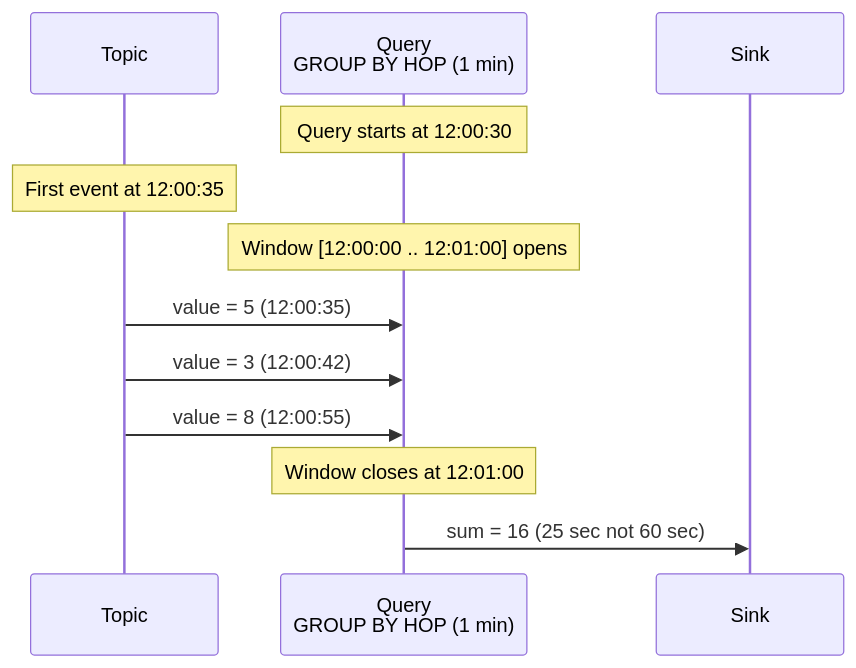
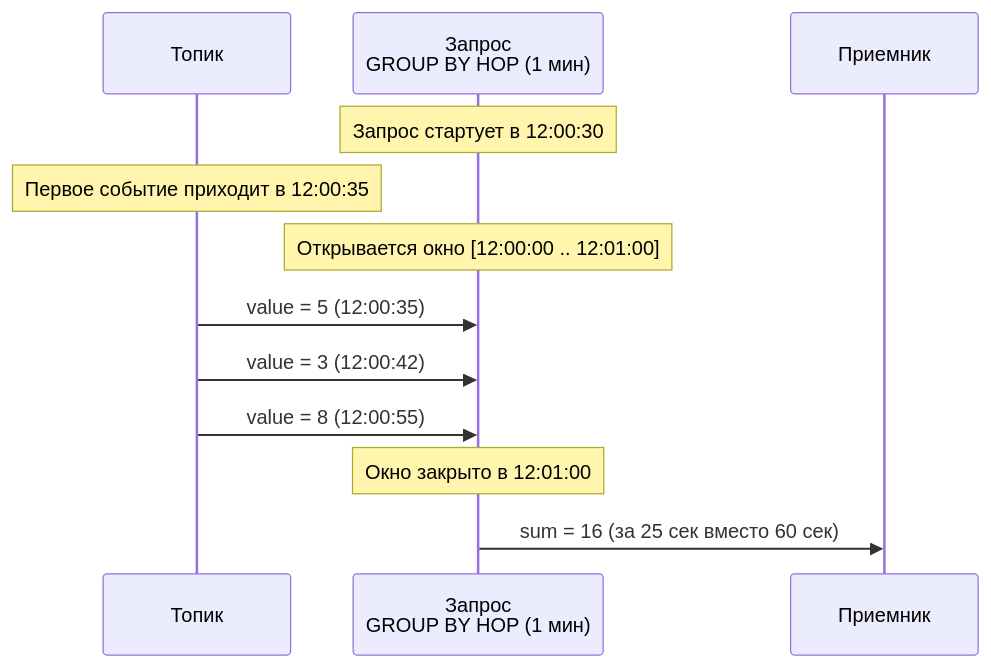
The second of 3 diagrams in ydb/docs/en/core/dev/streaming-query/guarantees.md (ydb-platform/ydb), drawn with Mermaid before and after one commit. The commit also changed other lines of this file and 29 other files, not shown here.

````diff
--- a/ydb/docs/en/core/dev/streaming-query/guarantees.md
+++ b/ydb/docs/en/core/dev/streaming-query/guarantees.md
@@ -69,15 +71,15 @@
 ```mermaid
 sequenceDiagram
-    participant Topic
-    participant Query as Query<br/>GROUP BY HOP (1 min)
-    participant Sink
+    participant Топик
+    participant Запрос as Запрос<br/>GROUP BY HOP (1 мин)
+    participant Приемник
 
-    Note over Query: Query starts at 12:00:30
-    Note over Topic: First event at 12:00:35
-    Note over Query: Window [12:00:00 .. 12:01:00] opens
-    Topic->>Query: value = 5 (12:00:35)
-    Topic->>Query: value = 3 (12:00:42)
-    Topic->>Query: value = 8 (12:00:55)
-    Note over Query: Window closes at 12:01:00
-    Query->>Sink: sum = 16 (25 sec not 60 sec)
+    Note over Запрос: Запрос стартует в 12:00:30
+    Note over Топик: Первое событие приходит в 12:00:35
+    Note over Запрос: Открывается окно [12:00:00 .. 12:01:00]
+    Топик->>Запрос: value = 5 (12:00:35)
+    Топик->>Запрос: value = 3 (12:00:42)
+    Топик->>Запрос: value = 8 (12:00:55)
+    Note over Запрос: Окно закрыто в 12:01:00
+    Запрос->>Приемник: sum = 16 (за 25 сек вместо 60 сек)
 ```
````
